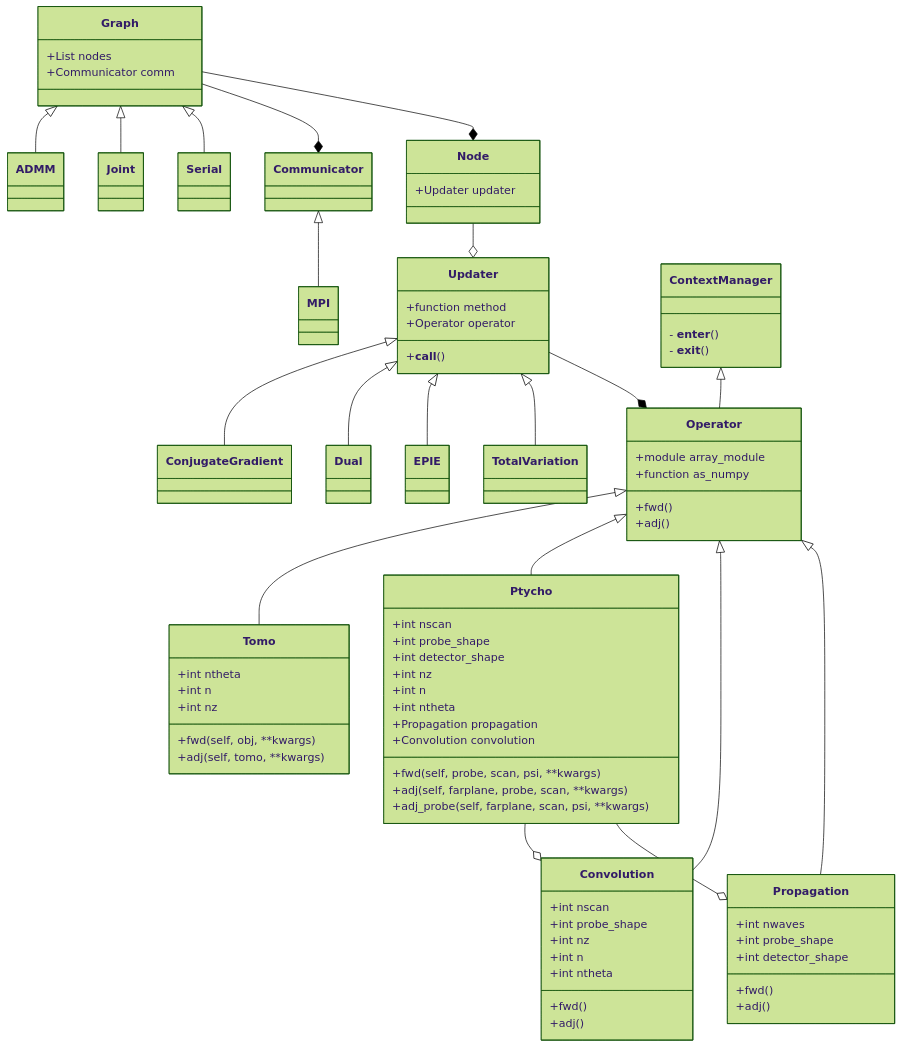
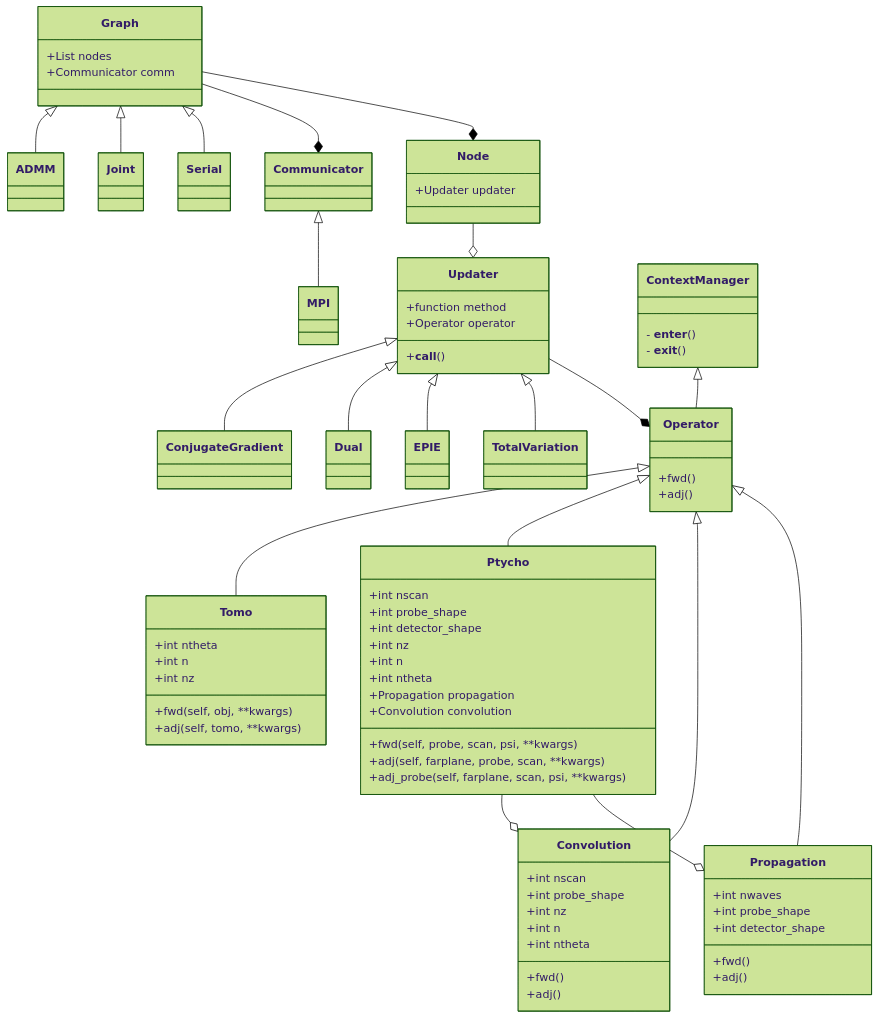
The diagram in docs/source/api-class-diagram.mmd (AdvancedPhotonSource/tike), drawn with Mermaid (forest theme) before and after one commit. The commit also changed 4 other files, not shown here.

First line of the commit message:
BUG: Fix broken mermaid diagram

```diff
--- a/docs/source/api-class-diagram.mmd
+++ b/docs/source/api-class-diagram.mmd
@@ -1,96 +1,94 @@
 classDiagram
 
 class Graph {
   +List nodes
   +Communicator comm
 }
 
 class Node{
   +Updater updater
 }
 
 Graph <|-- ADMM
 Graph <|-- Joint
 Graph <|-- Serial
 
 Graph --* Communicator
 Graph --* Node
 
 Communicator <|-- MPI
 
 Node --o Updater
 
 class Updater {
   +__call__()
   +function method
   +Operator operator
 }
 
 class Operator {
-  +module array_module
-  +function as_numpy
   +fwd()
   +adj()
 }
 
 class ContextManager {
   - __enter__()
   - __exit__()
 }
 
 class Ptycho {
   +int nscan
   +int probe_shape
   +int detector_shape
   +int nz
   +int n
   +int ntheta
   +Propagation propagation
   +Convolution convolution
   +fwd(self, probe, scan, psi, **kwargs)
   +adj(self, farplane, probe, scan, **kwargs)
   +adj_probe(self, farplane, scan, psi, **kwargs)
 }
 
 class Tomo {
   +int ntheta
   +int n
   +int nz
   +fwd(self, obj, **kwargs)
   +adj(self, tomo, **kwargs)
 }
 
 class Convolution {
   +int nscan
   +int probe_shape
   +int nz
   +int n
   +int ntheta
   +fwd()
   +adj()
 }
 
 class Propagation {
   +int nwaves
   +int probe_shape
   +int detector_shape
   +fwd()
   +adj()
 }
 
 Updater <|-- ConjugateGradient
 Updater <|-- Dual
 Updater <|-- EPIE
 Updater <|-- TotalVariation
 
 Updater --* Operator
 
 ContextManager <|-- Operator
 
 Operator <|-- Tomo
 Operator <|-- Ptycho
 Operator <|-- Convolution
 Operator <|-- Propagation
 
 Ptycho --o Convolution
 Ptycho --o Propagation
```
